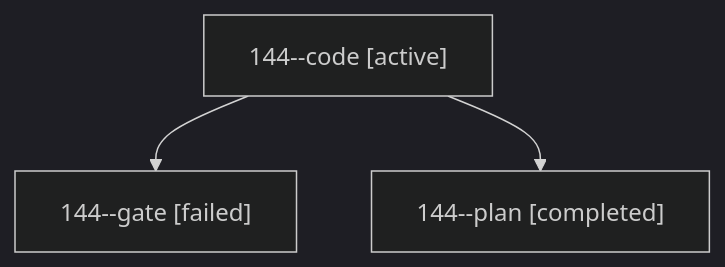
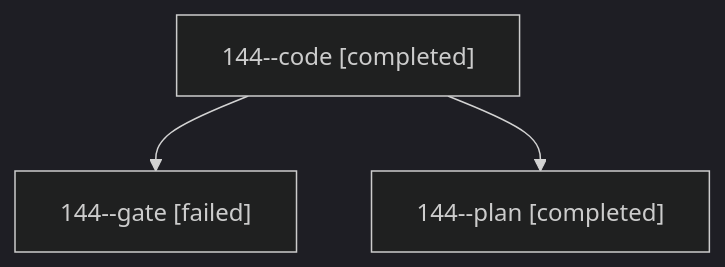
Before and after one commit to bobs-org/bob-cli--agents: the diagram in sessions/bbugyi200.athena.144.md, drawn with Mermaid (dark theme). The commit also changed other lines of this file and 271 other files, not shown here.

````diff
--- a/sessions/bbugyi200.athena.144.md
+++ b/sessions/bbugyi200.athena.144.md
@@ -9,8 +9,8 @@
 ```mermaid
 flowchart TD
-  n0["144--code [active]"]
+  n0["144--code [completed]"]
   n1["144--gate [failed]"]
   n0 --> n1
   n2["144--plan [completed]"]
   n0 --> n2
 ```
````
